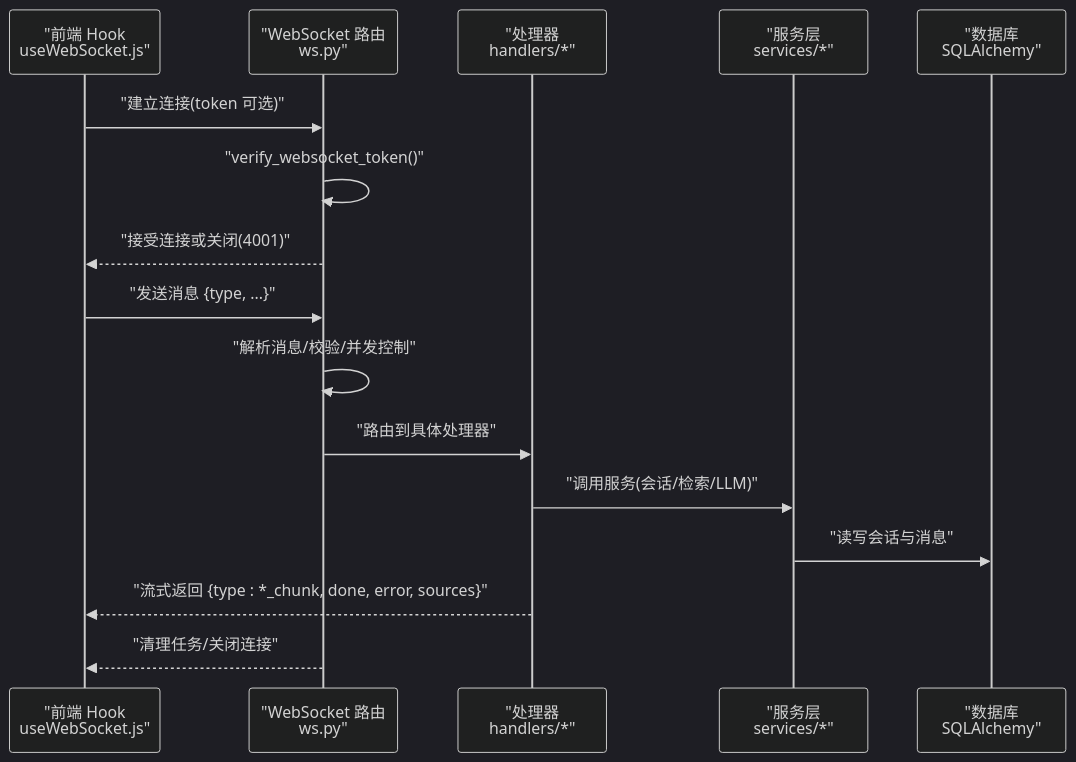
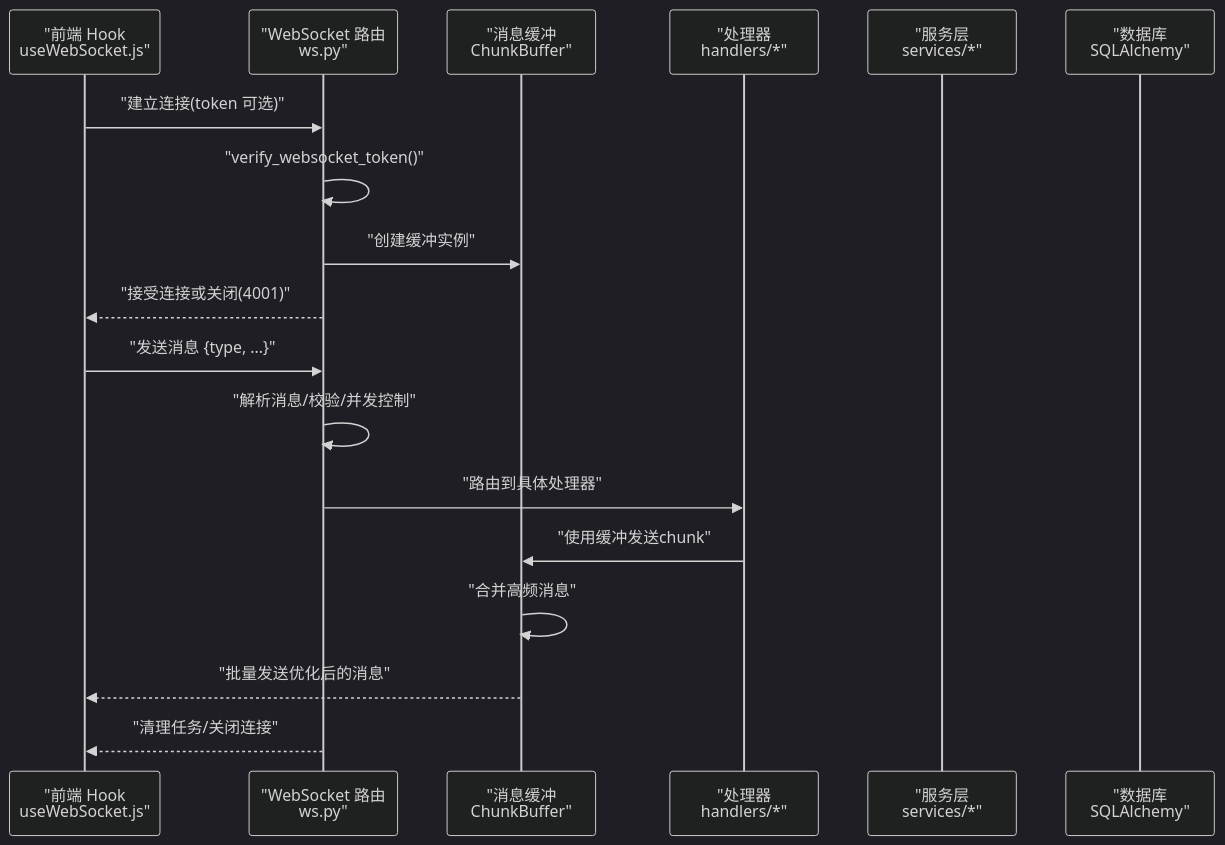
Before and after one commit to laohanhahaha/PaperChat: the second of 4 diagrams in .qoder/repowiki/zh/content/后端系统/API 路由系统/WebSocket 路由.md, drawn with Mermaid (dark theme). The commit also changed other lines of this file and 8 other files, not shown here.

````diff
--- a/.qoder/repowiki/zh/content/后端系统/API 路由系统/WebSocket 路由.md
+++ b/.qoder/repowiki/zh/content/后端系统/API 路由系统/WebSocket 路由.md
@@ -91,18 +102,20 @@
 ```mermaid
 sequenceDiagram
 participant FE as "前端 Hook<br/>useWebSocket.js"
 participant WS as "WebSocket 路由<br/>ws.py"
+participant BUF as "消息缓冲<br/>ChunkBuffer"
 participant H as "处理器<br/>handlers/*"
 participant S as "服务层<br/>services/*"
 participant DB as "数据库<br/>SQLAlchemy"
 FE->>WS : "建立连接(token 可选)"
 WS->>WS : "verify_websocket_token()"
+WS->>BUF : "创建缓冲实例"
 WS-->>FE : "接受连接或关闭(4001)"
 FE->>WS : "发送消息 {type, ...}"
 WS->>WS : "解析消息/校验/并发控制"
 WS->>H : "路由到具体处理器"
-H->>S : "调用服务(会话/检索/LLM)"
-S->>DB : "读写会话与消息"
-H-->>FE : "流式返回 {type : *_chunk, done, error, sources}"
+H->>BUF : "使用缓冲发送chunk"
+BUF->>BUF : "合并高频消息"
+BUF-->>FE : "批量发送优化后的消息"
 WS-->>FE : "清理任务/关闭连接"
 ```
````
